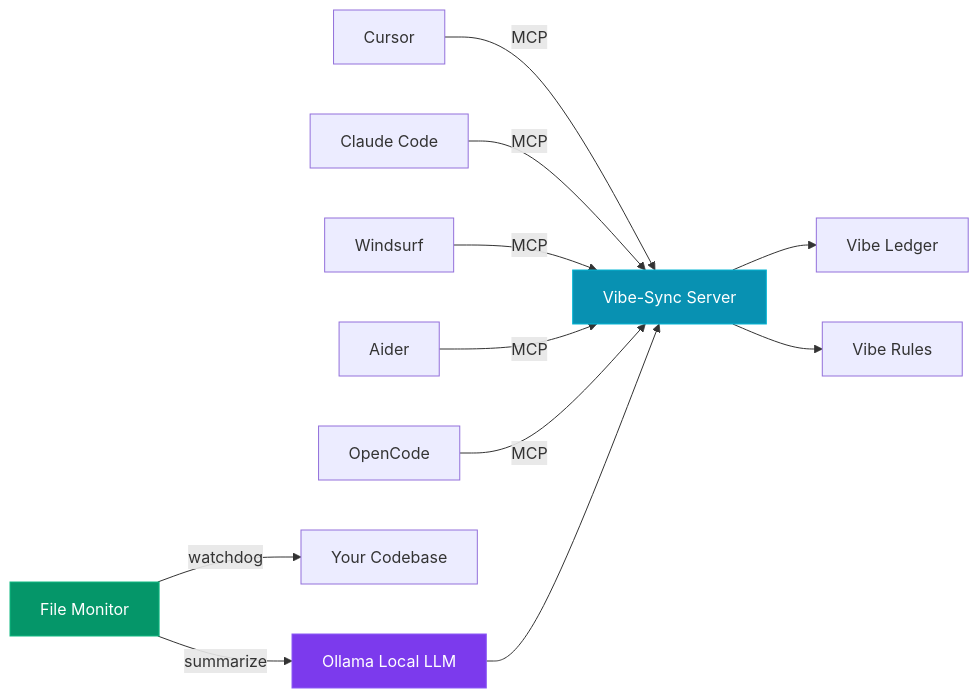
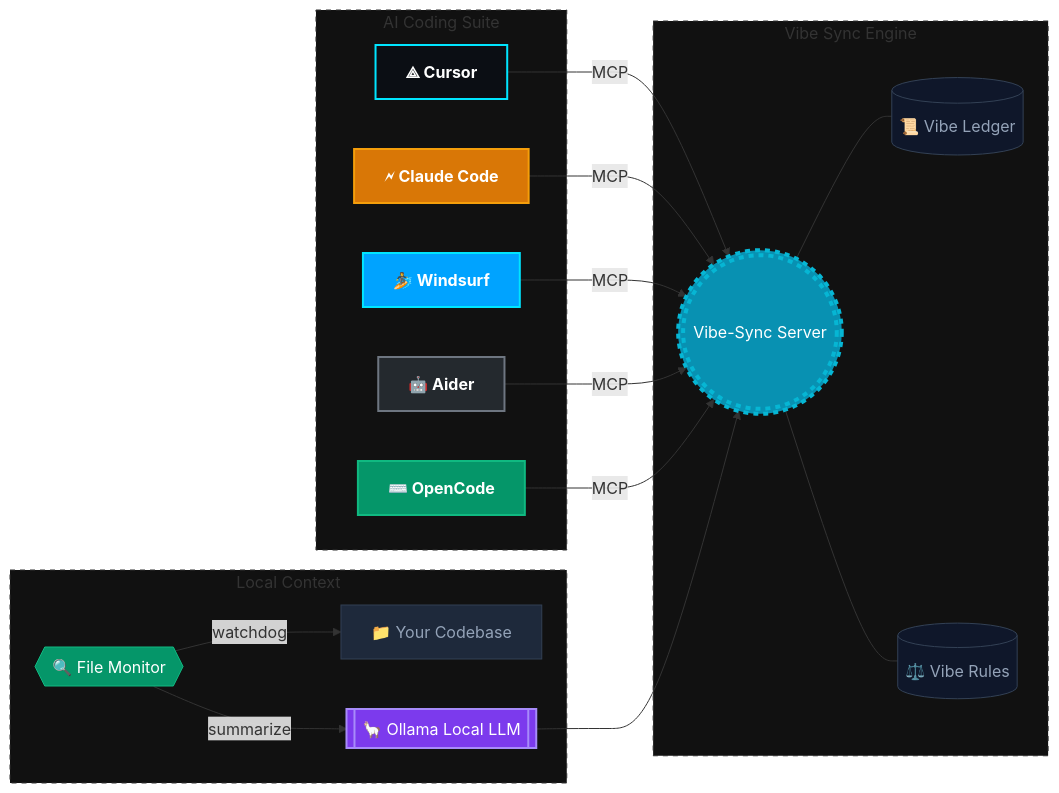
The diagram in README.md (ShubhamVankalas/Vibe-Sync), drawn with Mermaid before and after one commit.

Commit message:
docs: enhance README architecture diagram with subgraphs and improved styling

````diff
--- a/README.md
+++ b/README.md
@@ -34,19 +34,54 @@
 ```mermaid
 graph LR
-    A[Cursor] -->|MCP| S[Vibe-Sync Server]
-    B[Claude Code] -->|MCP| S
-    C[Windsurf] -->|MCP| S
-    D[Aider] -->|MCP| S
-    E[OpenCode] -->|MCP| S
+    subgraph AI_Tools [AI Coding Suite]
+        A["<b>⟁ Cursor</b>"]
+        B["<b>🗲 Claude Code</b>"]
+        C["<b>🏄 Windsurf</b>"]
+        D["<b>🤖 Aider</b>"]
+        E["<b>⌨️ OpenCode</b>"]
+    end
 
-    S --> L[Vibe Ledger]
-    S --> R[Vibe Rules]
+    subgraph Core [Vibe Sync Engine]
+        S((("Vibe-Sync Server")))
+        L[("📜 Vibe Ledger")]
+        R[("⚖️ Vibe Rules")]
+    end
 
-    M[File Monitor] -->|watchdog| F[Your Codebase]
-    M -->|summarize| O[Ollama Local LLM]
+    subgraph Monitoring [Local Context]
+        M{{"🔍 File Monitor"}}
+        F["📁 Your Codebase"]
+        O[["🦙 Ollama Local LLM"]]
+    end
+
+    %% Connections
+    A & B & C & D & E -->|MCP| S
+    
+    S --- L
+    S --- R
+
+    M -->|watchdog| F
+    M -->|summarize| O
     O --> S
 
-    style S fill:#0891b2,stroke:#06b6d4,color:#fff
-    style O fill:#7c3aed,stroke:#8b5cf6,color:#fff
-    style M fill:#059669,stroke:#10b981,color:#fff
+    %% Individual Tool Colors
+    style A fill:#0B0E14,stroke:#00E5FF,color:#fff,stroke-width:2px
+    style B fill:#D97706,stroke:#F59E0B,color:#fff,stroke-width:2px
+    style C fill:#00A3FF,stroke:#00E5FF,color:#fff,stroke-width:2px
+    style D fill:#24292E,stroke:#6E7681,color:#fff,stroke-width:2px
+    style E fill:#059669,stroke:#10B981,color:#fff,stroke-width:2px
+
+    %% Infrastructure Colors
+    style S fill:#0891B2,stroke:#06B6D4,color:#fff,stroke-width:4px,stroke-dasharray: 5 5
+    style O fill:#7C3AED,stroke:#A78BFA,color:#fff,stroke-width:2px
+    style M fill:#059669,stroke:#10B981,color:#fff
+    style F fill:#1E293B,stroke:#334155,color:#94A3B8
+    
+    %% Storage Colors
+    style L fill:#0F172A,stroke:#334155,color:#94A3B8
+    style R fill:#0F172A,stroke:#334155,color:#94A3B8
+
+    %% Container Styles
+    style AI_Tools fill:#111,stroke:#333,stroke-dasharray: 5 5
+    style Core fill:#111,stroke:#333,stroke-dasharray: 5 5
+    style Monitoring fill:#111,stroke:#333,stroke-dasharray: 5 5
 ```
````
